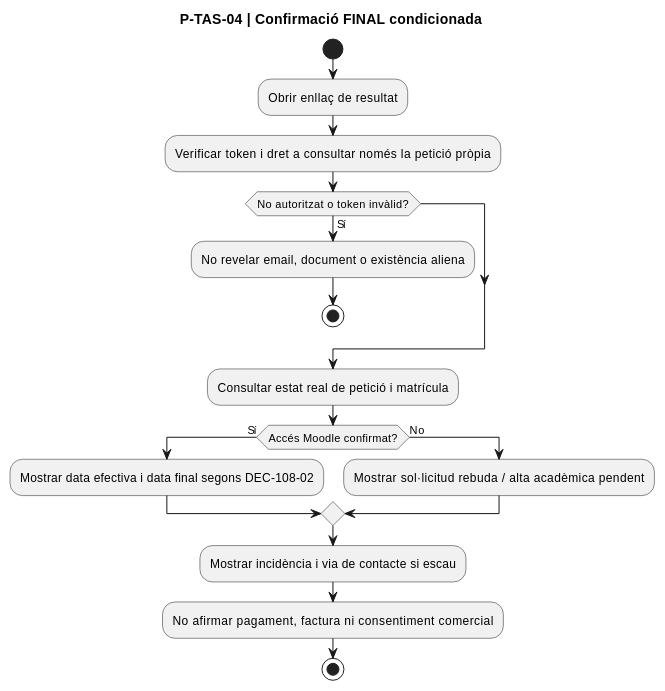
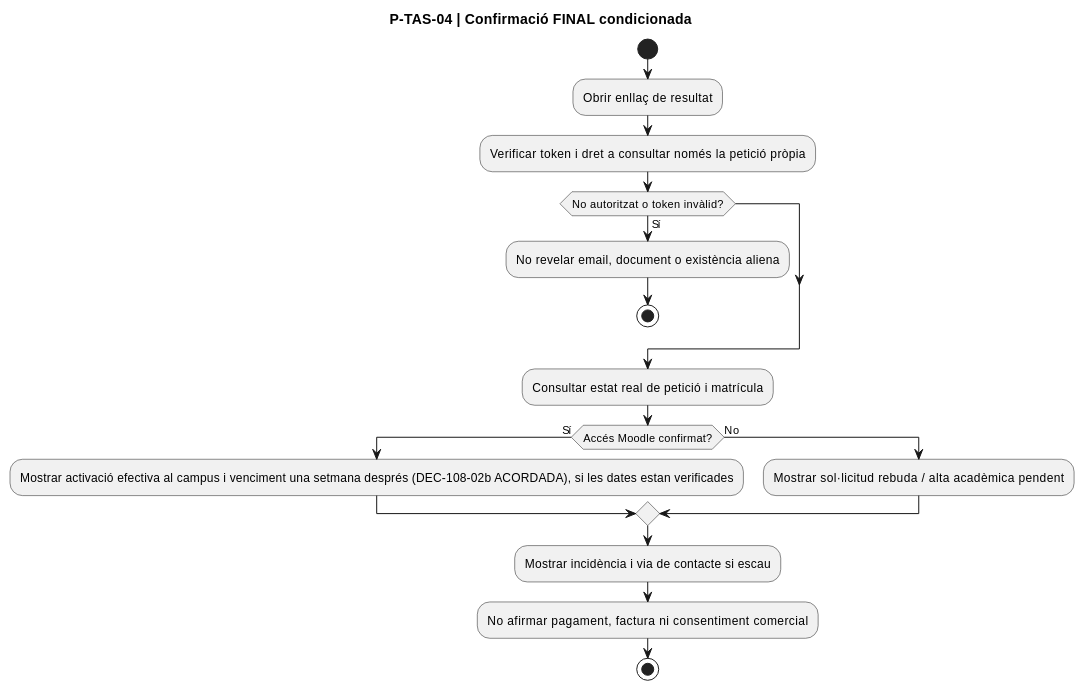
Before and after one commit to orgmeriemprismacat-del/verifactu: diagram 28 of 32 in documentacio/07-uml-integrat/uc-108-activitats-pagines-tastets-actual-final.md, drawn with PlantUML. The commit also changed other lines of this file, not shown here.

Commit message:
docs: agree UC-108 one-week campus access from actual secretariat activation

````diff
--- a/documentacio/07-uml-integrat/uc-108-activitats-pagines-tastets-actual-final.md
+++ b/documentacio/07-uml-integrat/uc-108-activitats-pagines-tastets-actual-final.md
@@ -695,21 +695,21 @@
 ```plantuml
 @startuml
 title P-TAS-04 | Confirmació FINAL condicionada
 start
 :Obrir enllaç de resultat;
 :Verificar token i dret a consultar només la petició pròpia;
 if (No autoritzat o token invàlid?) then (Sí)
   :No revelar email, document o existència aliena;
   stop
 endif
 :Consultar estat real de petició i matrícula;
 if (Accés Moodle confirmat?) then (Sí)
-  :Mostrar data efectiva i data final segons DEC-108-02;
+  :Mostrar activació efectiva al campus i venciment una setmana després (DEC-108-02b ACORDADA), si les dates estan verificades;
 else (No)
   :Mostrar sol·licitud rebuda / alta acadèmica pendent;
 endif
 :Mostrar incidència i via de contacte si escau;
 :No afirmar pagament, factura ni consentiment comercial;
 stop
 @enduml
 ```
````
